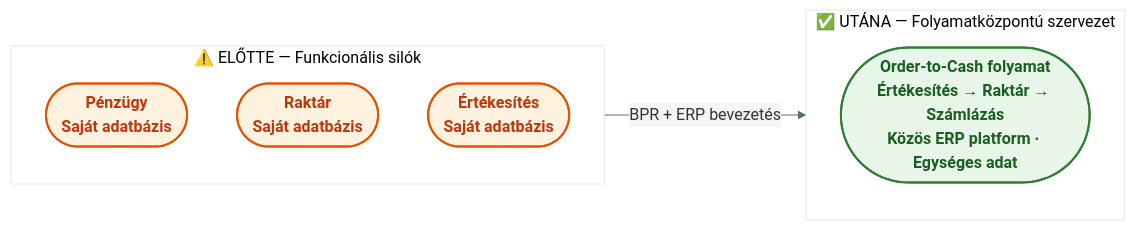
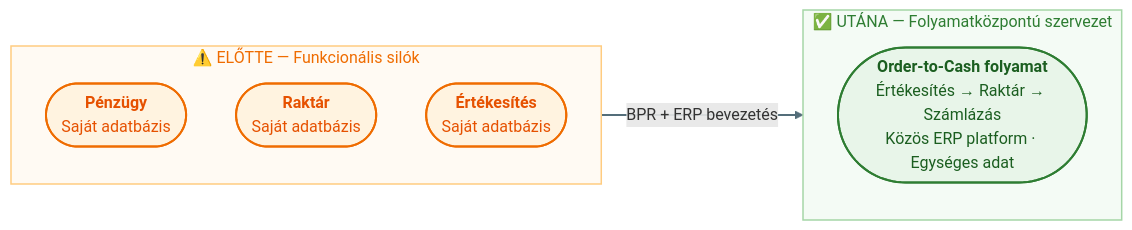
The first of 2 diagrams in Tételek/V13-GMXIV2MBLF-ERP bevezetése és BPR.tétel.md (denespocsik/MM_BSC_Zarovizsga), drawn with Mermaid before and after one commit. The commit also changed other lines of this file and 34 other files, not shown here.

First line of the commit message:
style(tételek): egységes vizuális arculat a Mermaid-diagramokhoz

````diff
--- a/Tételek/V13-GMXIV2MBLF-ERP bevezetése és BPR.tétel.md
+++ b/Tételek/V13-GMXIV2MBLF-ERP bevezetése és BPR.tétel.md
@@ -30,17 +30,21 @@
 ```mermaid
-%%{init: {'theme': 'base', 'themeVariables': {'primaryColor': '#FFF', 'lineColor': '#546E7A', 'edgeLabelBackground': '#F5F5F5'}}}%%
 flowchart LR
-    classDef silo    fill:#FFF3E0,stroke:#E65100,stroke-width:2px,color:#BF360C,font-weight:bold
-    classDef process fill:#E8F5E9,stroke:#2E7D32,stroke-width:2px,color:#1B5E20,font-weight:bold
-
     subgraph ELOTTE["⚠️  ELŐTTE — Funkcionális silók"]
         direction TB
-        P(["Pénzügy\nSaját adatbázis"]):::silo
-        R(["Raktár\nSaját adatbázis"]):::silo
-        E(["Értékesítés\nSaját adatbázis"]):::silo
+        P(["<b>Pénzügy</b><br/>Saját adatbázis"]):::narancs
+        R(["<b>Raktár</b><br/>Saját adatbázis"]):::narancs
+        E(["<b>Értékesítés</b><br/>Saját adatbázis"]):::narancs
     end
     subgraph UTANA["✅  UTÁNA — Folyamatközpontú szervezet"]
-        OC(["Order-to-Cash folyamat\nÉrtékesítés → Raktár → Számlázás\nKözös ERP platform · Egységes adat"]):::process
+        OC(["<b>Order-to-Cash folyamat</b><br/>Értékesítés → Raktár → Számlázás<br/>Közös ERP platform · Egységes adat"]):::zold
     end
     ELOTTE -->|"BPR + ERP bevezetés"| UTANA
+
+    classDef zold    fill:#e8f5e9,stroke:#2e7d32,stroke-width:2px,color:#1b5e20,rx:10,ry:10;
+    classDef narancs fill:#fff3e0,stroke:#ef6c00,stroke-width:2px,color:#e65100,rx:10,ry:10;
+
+    style ELOTTE fill:#fffaf3,stroke:#ffcc80,stroke-width:1.5px,color:#ef6c00;
+    style UTANA  fill:#f4fbf5,stroke:#a5d6a7,stroke-width:1.5px,color:#2e7d32;
+
+    linkStyle default stroke:#546e7a,stroke-width:2px;
 ```
````
